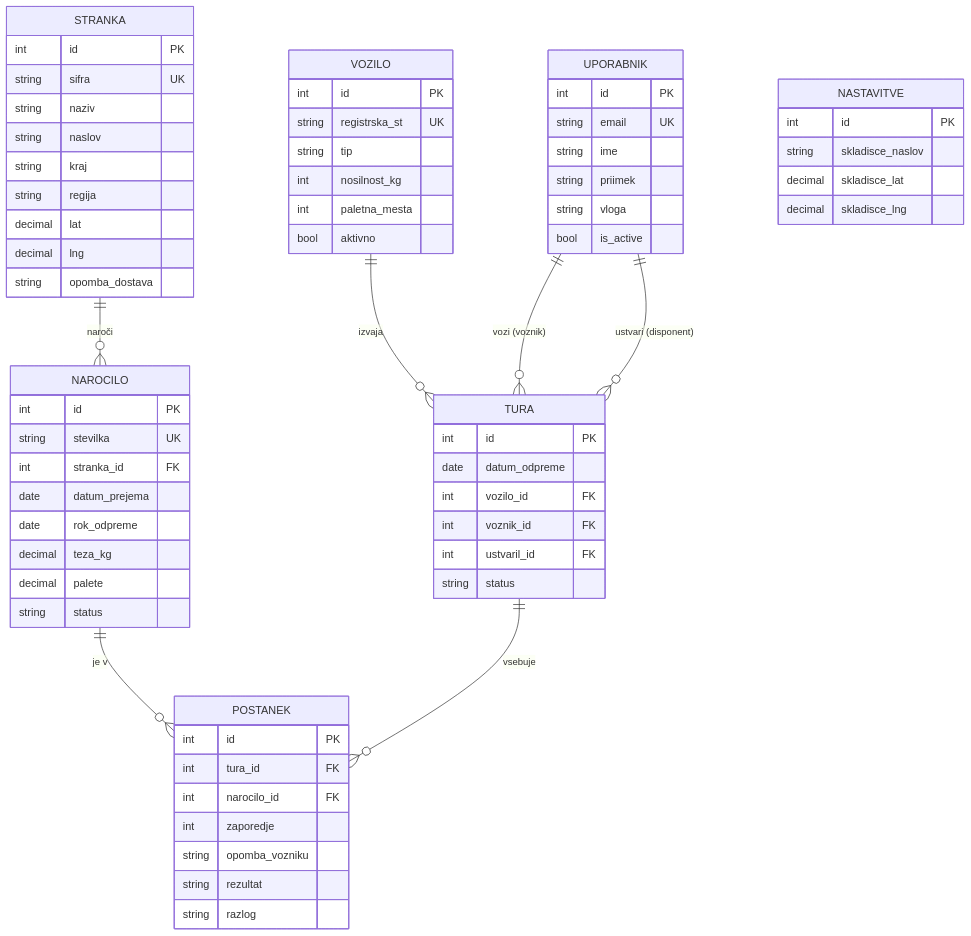
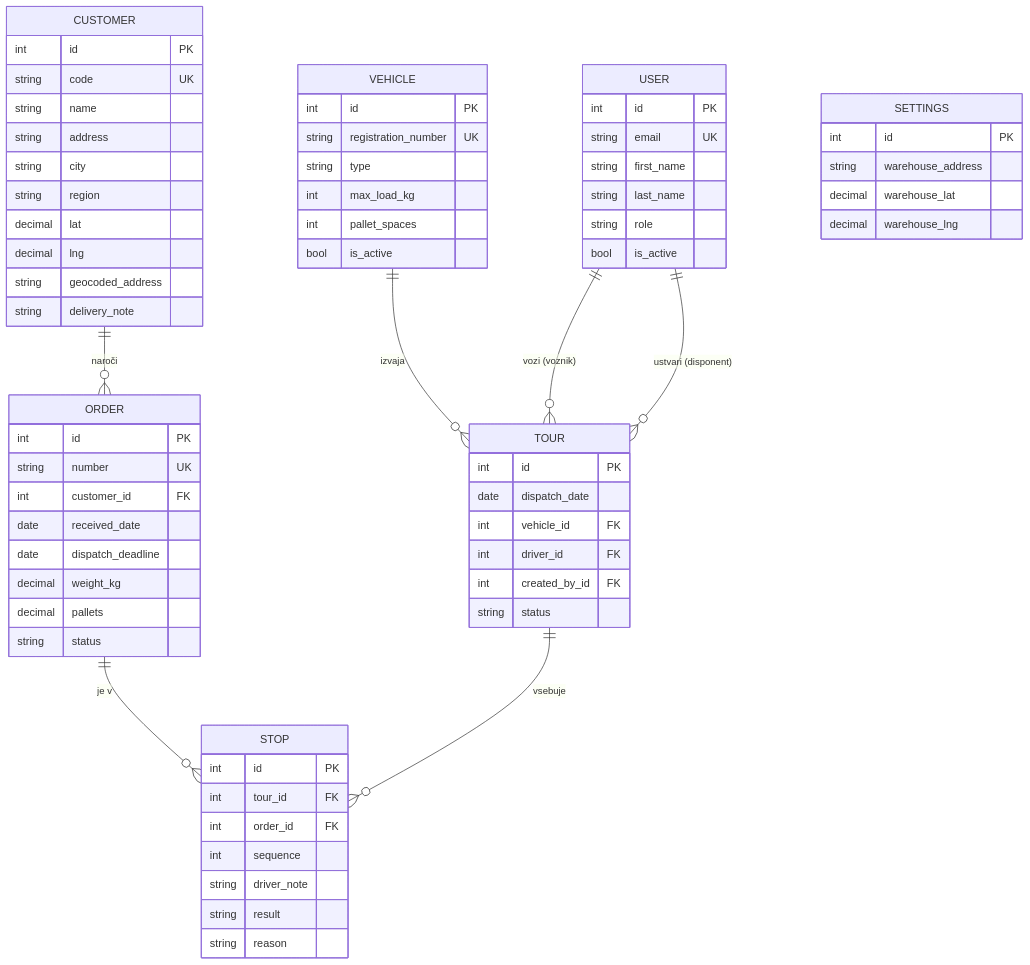
One commit to n-varoscic/TuraPlan changed the first of 3 diagrams in docs/03-podatkovni-model.md. Above: the diagram before and after it, drawn with Mermaid. The commit also changed other lines of this file and 9 other files, not shown here.

````diff
--- a/docs/03-podatkovni-model.md
+++ b/docs/03-podatkovni-model.md
@@ -117,70 +118,71 @@
 ```mermaid
 erDiagram
-    STRANKA ||--o{ NAROCILO : "naroči"
-    NAROCILO ||--o{ POSTANEK : "je v"
-    TURA ||--o{ POSTANEK : "vsebuje"
-    VOZILO ||--o{ TURA : "izvaja"
-    UPORABNIK ||--o{ TURA : "vozi (voznik)"
-    UPORABNIK ||--o{ TURA : "ustvari (disponent)"
+    CUSTOMER ||--o{ ORDER : "naroči"
+    ORDER ||--o{ STOP : "je v"
+    TOUR ||--o{ STOP : "vsebuje"
+    VEHICLE ||--o{ TOUR : "izvaja"
+    USER ||--o{ TOUR : "vozi (voznik)"
+    USER ||--o{ TOUR : "ustvari (disponent)"
 
-    UPORABNIK {
+    USER {
         int id PK
         string email UK
-        string ime
-        string priimek
-        string vloga
+        string first_name
+        string last_name
+        string role
         bool is_active
     }
-    STRANKA {
+    CUSTOMER {
         int id PK
-        string sifra UK
-        string naziv
-        string naslov
-        string kraj
-        string regija
+        string code UK
+        string name
+        string address
+        string city
+        string region
         decimal lat
         decimal lng
-        string opomba_dostava
+        string geocoded_address
+        string delivery_note
     }
-    VOZILO {
+    VEHICLE {
         int id PK
-        string registrska_st UK
-        string tip
-        int nosilnost_kg
-        int paletna_mesta
-        bool aktivno
+        string registration_number UK
+        string type
+        int max_load_kg
+        int pallet_spaces
+        bool is_active
     }
-    NAROCILO {
+    ORDER {
         int id PK
-        string stevilka UK
-        int stranka_id FK
-        date datum_prejema
-        date rok_odpreme
-        decimal teza_kg
-        decimal palete
+        string number UK
+        int customer_id FK
+        date received_date
+        date dispatch_deadline
+        decimal weight_kg
+        decimal pallets
         string status
     }
-    TURA {
+    TOUR {
         int id PK
-        date datum_odpreme
-        int vozilo_id FK
-        int voznik_id FK
-        int ustvaril_id FK
+        date dispatch_date
+        int vehicle_id FK
+        int driver_id FK
+        int created_by_id FK
         string status
     }
-    POSTANEK {
+    STOP {
         int id PK
-        int tura_id FK
-        int narocilo_id FK
-        int zaporedje
-        string opomba_vozniku
-        string rezultat
-        string razlog
+        int tour_id FK
+        int order_id FK
+        int sequence
+        string driver_note
+        string result
+        string reason
     }
-    NASTAVITVE {
+    SETTINGS {
         int id PK
-        string skladisce_naslov
-        decimal skladisce_lat
-        decimal skladisce_lng
+        string warehouse_address
+        decimal warehouse_lat
+        decimal warehouse_lng
     }
 ```
````
